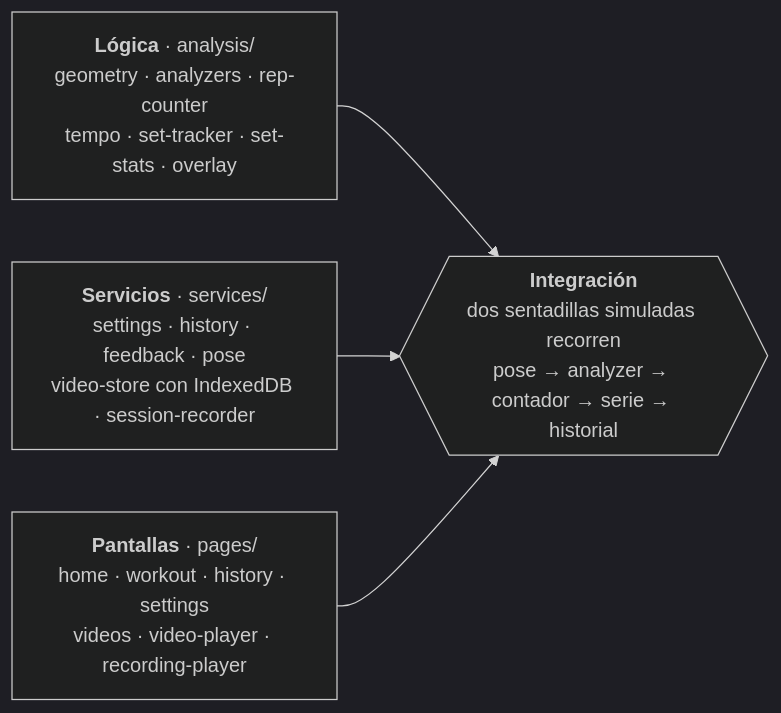
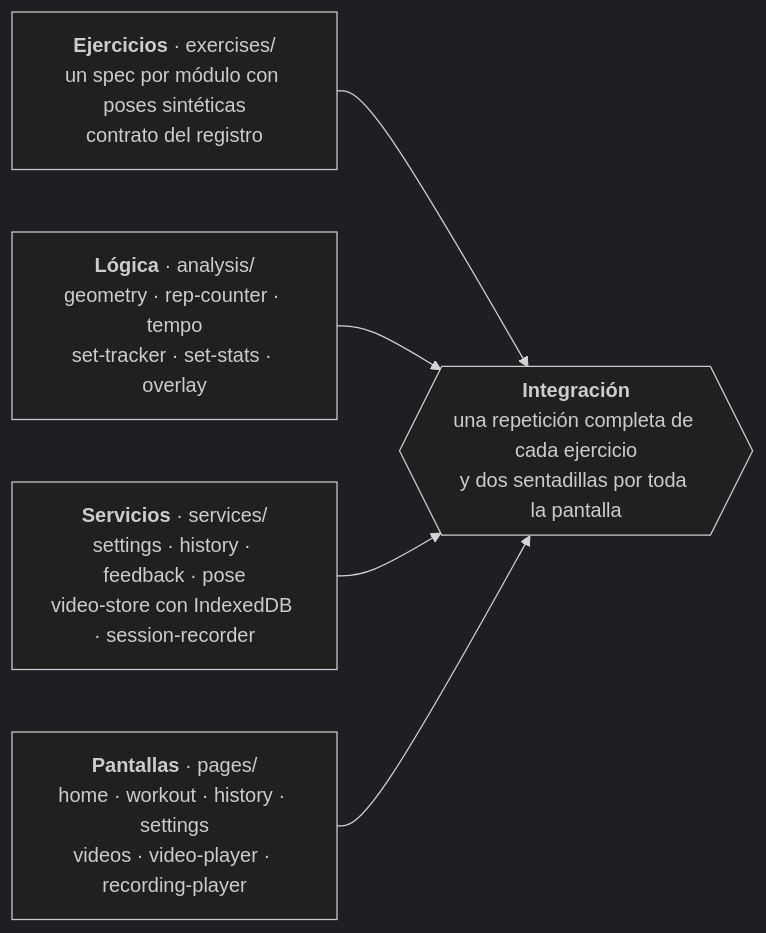
One commit to xaxtian/tracker changed the diagram in guia/10-tests.md. Above: the diagram before and after it, drawn with Mermaid (dark theme). The commit also changed other lines of this file and 62 other files, not shown here.

```diff
--- a/guia/10-tests.md
+++ b/guia/10-tests.md
@@ -16,18 +16,22 @@
 <pre class="mermaid">
 flowchart LR
+  E["`**Ejercicios** · exercises/
+  un spec por módulo con poses sintéticas
+  contrato del registro`"]
   L["`**Lógica** · analysis/
-  geometry · analyzers · rep-counter
-  tempo · set-tracker · set-stats · overlay`"]
+  geometry · rep-counter · tempo
+  set-tracker · set-stats · overlay`"]
   S["`**Servicios** · services/
   settings · history · feedback · pose
   video-store con IndexedDB · session-recorder`"]
   P["`**Pantallas** · pages/
   home · workout · history · settings
   videos · video-player · recording-player`"]
   I{{"`**Integración**
-  dos sentadillas simuladas recorren
-  pose → analyzer → contador → serie → historial`"}}
+  una repetición completa de cada ejercicio
+  y dos sentadillas por toda la pantalla`"}}
+  E --> I
   L --> I
   S --> I
   P --> I
 </pre>
```
